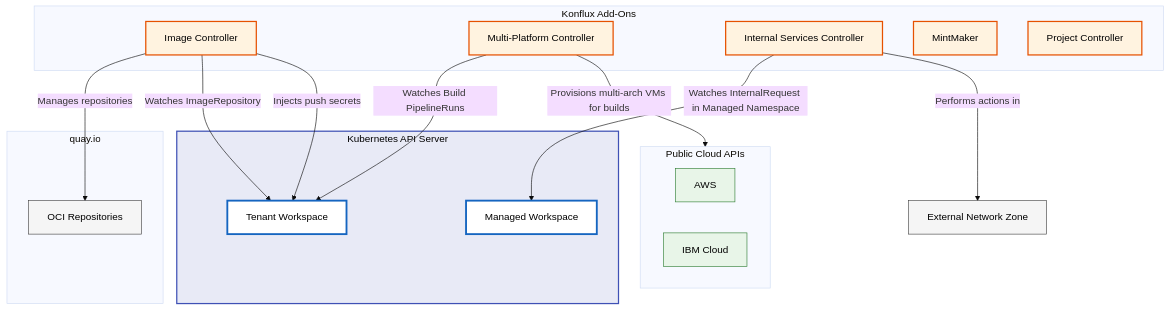
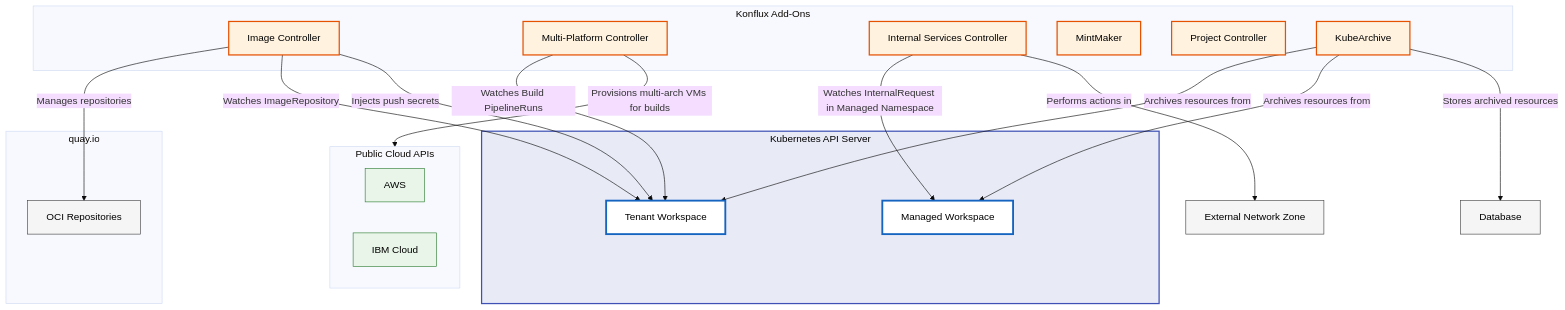
Before and after one commit to konflux-ci/architecture: the second of 2 diagrams in architecture/add-ons/index.md, drawn with Mermaid (base theme). The commit also changed other lines of this file and 3 other files, not shown here.

First line of the commit message:
Add KubeArchive to the architecture (#320)

````diff
--- a/architecture/add-ons/index.md
+++ b/architecture/add-ons/index.md
@@ -152,45 +158,51 @@
 ```mermaid
 graph TD
     subgraph Konflux Add-Ons
         IC[Image Controller]
         MPC[Multi-Platform Controller]
         ISC[Internal Services Controller]
         MM[MintMaker]
         PC[Project Controller]
+        KA[KubeArchive]
     end
 
     subgraph quayio[quay.io]
         OCI[OCI Repositories]
     end
 
     subgraph cloudapis[Public Cloud APIs]
         AWS[AWS]
         IBM[IBM Cloud]
     end
 
     subgraph kubeapi[Kubernetes API Server]
         TW[Tenant Workspace]
         MW[Managed Workspace]
     end
 
     IC -- Manages repositories --> OCI
     IC -- Watches ImageRepository --> TW
     IC -- Injects push secrets --> TW
     MPC -- Provisions multi-arch VMs for builds --> cloudapis
     MPC -- Watches Build PipelineRuns --> TW
     ISC -- Watches InternalRequest in Managed Namespace --> MW
     ISC -- Performs actions in --> EXT[External Network Zone]
+    KA -- Archives resources from --> TW
+    KA -- Archives resources from --> MW
+    KA -- Stores archived resources --> DB[Database]
 
     style IC fill:#fff3e0,stroke:#e65100,stroke-width:2px,color:#000000;
     style MPC fill:#fff3e0,stroke:#e65100,stroke-width:2px,color:#000000;
     style ISC fill:#fff3e0,stroke:#e65100,stroke-width:2px,color:#000000;
     style MM fill:#fff3e0,stroke:#e65100,stroke-width:2px,color:#000000;
     style PC fill:#fff3e0,stroke:#e65100,stroke-width:2px,color:#000000;
+    style KA fill:#fff3e0,stroke:#e65100,stroke-width:2px,color:#000000;
+    style DB fill:#f5f5f5,stroke:#424242,stroke-width:1px,color:#000000;
     style kubeapi fill:#e8eaf6,stroke:#3f51b5,stroke-width:2px,color:#000000;
     style TW fill:#ffffff,stroke:#1565c0,stroke-width:3px,color:#000000;
     style MW fill:#ffffff,stroke:#1565c0,stroke-width:3px,color:#000000;
     style AWS fill:#e8f5e8,stroke:#2e7d32,stroke-width:1px,color:#000000;
     style IBM fill:#e8f5e8,stroke:#2e7d32,stroke-width:1px,color:#000000;
     style EXT fill:#f5f5f5,stroke:#424242,stroke-width:1px,color:#000000;
     style OCI fill:#f5f5f5,stroke:#424242,stroke-width:1px,color:#000000;
 ```
````
